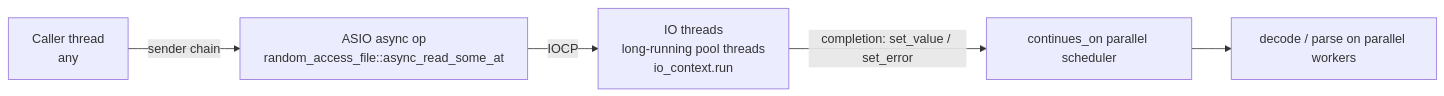
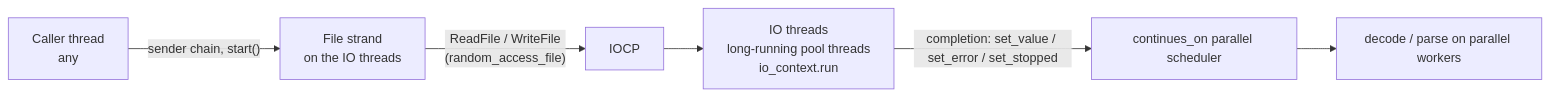
One commit to KevindeQ/avis changed the second of 2 diagrams in docs/design/07-io-layer.md. Above: the diagram before and after it, drawn with Mermaid. The commit also changed other lines of this file and 7 other files, not shown here.

````diff
--- a/docs/design/07-io-layer.md
+++ b/docs/design/07-io-layer.md
@@ -32,7 +61,8 @@
 ```mermaid
 flowchart LR
-    caller[Caller thread<br/>any] -- sender chain --> op[ASIO async op<br/>random_access_file::async_read_some_at]
-    op -- IOCP --> iot[IO threads<br/>long-running pool threads<br/>io_context.run]
-    iot -- "completion: set_value / set_error" --> cont["continues_on parallel scheduler"]
+    caller[Caller thread<br/>any] -- "sender chain, start()" --> strand[File strand<br/>on the IO threads]
+    strand -- "ReadFile / WriteFile<br/>(random_access_file)" --> os[IOCP]
+    os --> iot[IO threads<br/>long-running pool threads<br/>io_context.run]
+    iot -- "completion: set_value / set_error / set_stopped" --> cont["continues_on parallel scheduler"]
     cont --> work[decode / parse on parallel workers]
 ```
````
